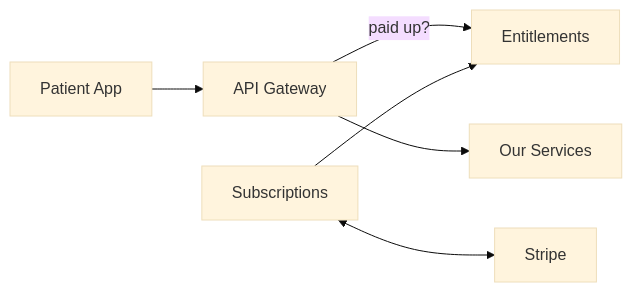
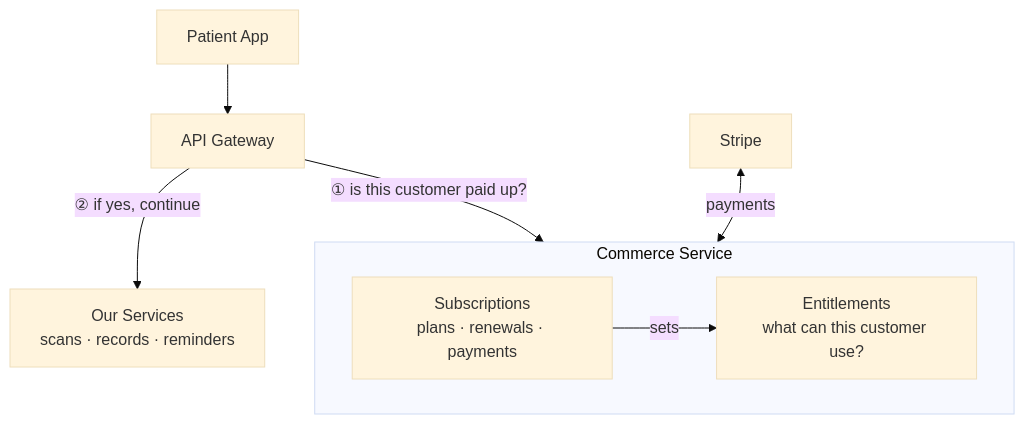
One commit to rajhekma/hekma-platform changed the first of 4 diagrams in docs/MONETIZATION_ROADMAP.md. Above: the diagram before and after it, drawn with Mermaid (base theme). The commit also changed other lines of this file, not shown here.

Commit message:
Clarify subscriptions diagram and define entitlement

````diff
--- a/docs/MONETIZATION_ROADMAP.md
+++ b/docs/MONETIZATION_ROADMAP.md
@@ -30,8 +28,13 @@
 ```mermaid
-flowchart LR
+flowchart TB
     APP[Patient App] --> GW[API Gateway]
-    GW -->|paid up?| ENT[Entitlements]
-    GW --> SVC[Our Services]
-    SUB[Subscriptions] --> ENT
-    SUB <--> STRIPE[Stripe]
+
+    subgraph COM ["Commerce Service"]
+        direction LR
+        SUB[Subscriptions<br/>plans · renewals · payments] -->|sets| ENT[Entitlements<br/>what can this customer use?]
+    end
+
+    GW -->|"① is this customer paid up?"| ENT
+    GW -->|"② if yes, continue"| SVC[Our Services<br/>scans · records · reminders]
+    STRIPE[Stripe] <-->|payments| SUB
 ```
````
